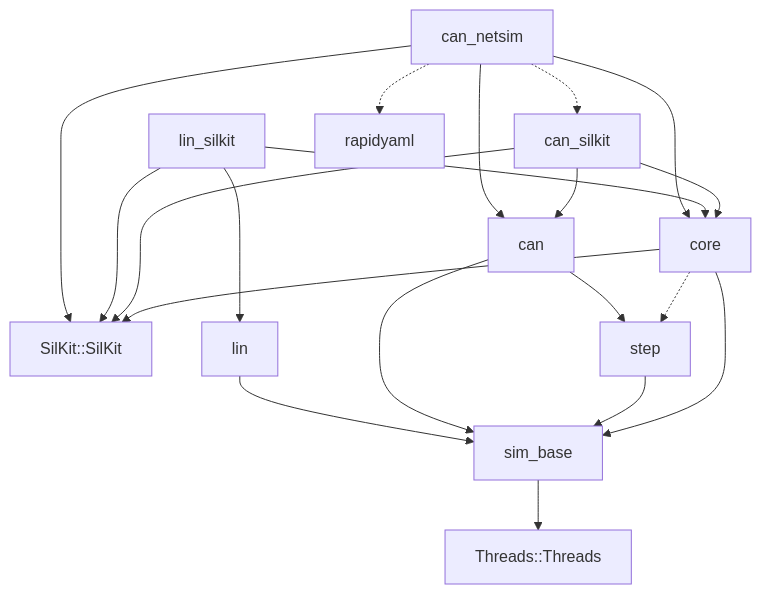
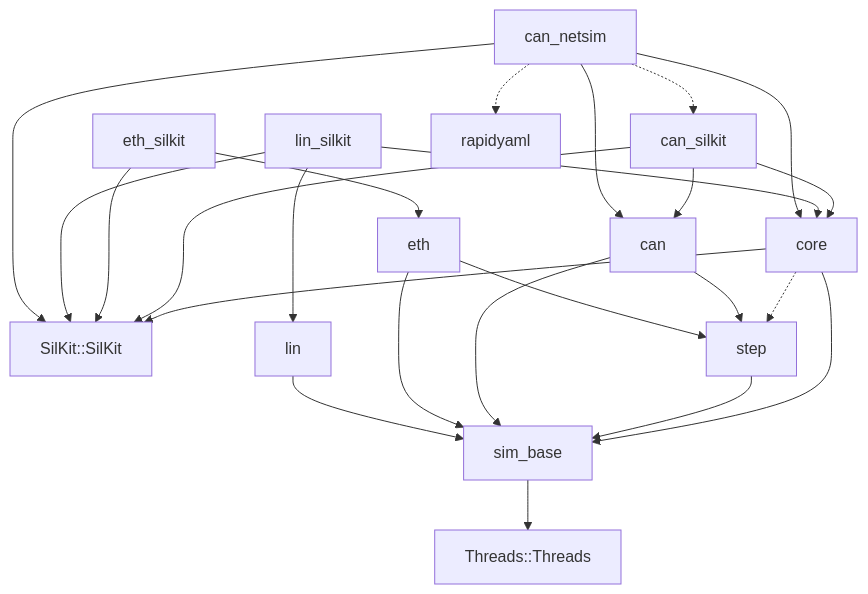
One commit to rahanahu/vehicle-sil changed the second of 8 diagrams in docs/code-map.md. Above: the diagram before and after it, drawn with Mermaid. The commit also changed other lines of this file and 28 other files, not shown here.

First line of the commit message:
feat(eth): add Ethernet frames, a channel for an ECU's step, and its SIL Kit port (#35)

````diff
--- a/docs/code-map.md
+++ b/docs/code-map.md
@@ -148,22 +150,26 @@
 ```mermaid
 flowchart TD
     sim_base --> Threads["Threads::Threads"]
     core --> SilKit["SilKit::SilKit"]
     core --> sim_base
     core -.-> step
     step --> sim_base
     can --> step
     can --> sim_base
+    eth --> step
+    eth --> sim_base
     lin --> sim_base
     can_silkit --> can
     can_silkit --> core
     can_silkit --> SilKit
+    eth_silkit --> eth
+    eth_silkit --> SilKit
     lin_silkit --> lin
     lin_silkit --> core
     lin_silkit --> SilKit
     can_netsim --> can
     can_netsim --> core
     can_netsim --> SilKit
     can_netsim -.-> can_silkit
     can_netsim -.-> rapidyaml
 ```
````
